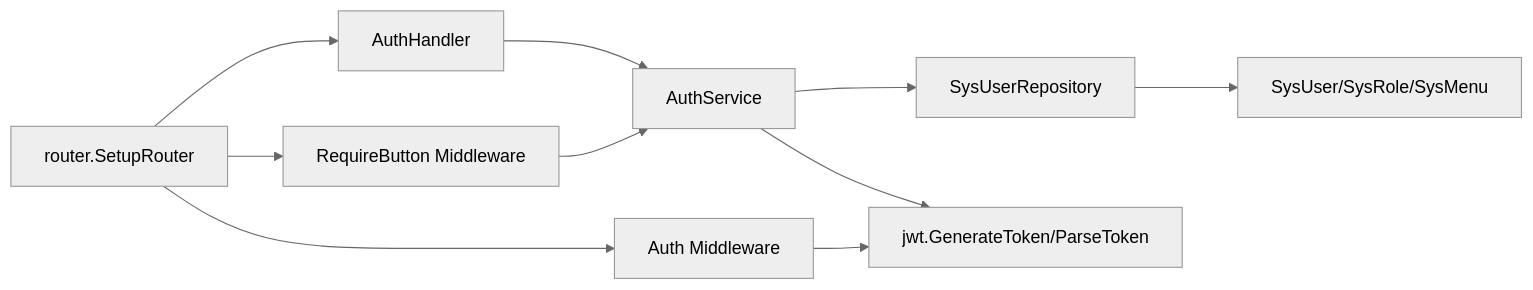
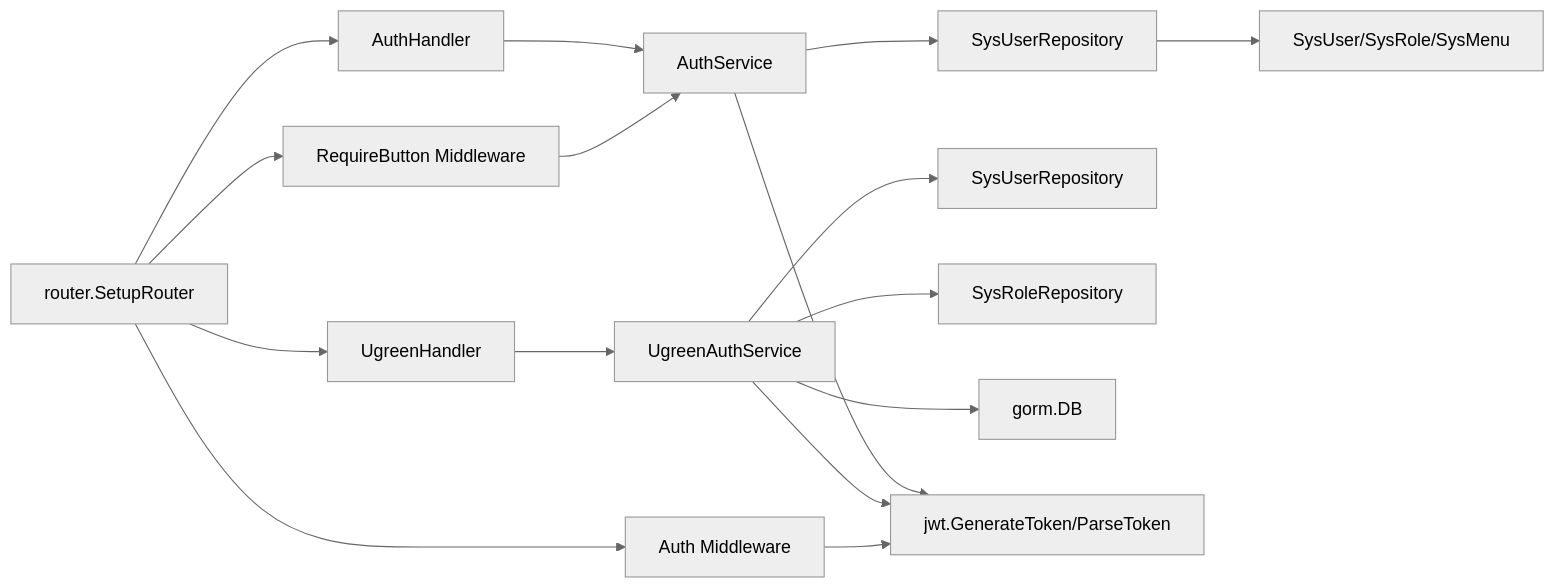
The seventh of 7 diagrams in .qoder/repowiki/zh/content/API接口文档/认证授权API.md (knifezred/boread), drawn with Mermaid (neutral theme) before and after one commit. The commit also changed other lines of this file and 16 other files, not shown here.

````diff
--- a/.qoder/repowiki/zh/content/API接口文档/认证授权API.md
+++ b/.qoder/repowiki/zh/content/API接口文档/认证授权API.md
@@ -374,12 +523,18 @@
 ```mermaid
 graph LR
 Router["router.SetupRouter"] --> Handler["AuthHandler"]
+Router --> UgreenHandler["UgreenHandler"]
 Handler --> Service["AuthService"]
+UgreenHandler --> UgreenService["UgreenAuthService"]
 Service --> Repo["SysUserRepository"]
+UgreenService --> UserRepo["SysUserRepository"]
+UgreenService --> RoleRepo["SysRoleRepository"]
 Repo --> Model["SysUser/SysRole/SysMenu"]
+UgreenService --> DB["gorm.DB"]
 Service --> JWT["jwt.GenerateToken/ParseToken"]
+UgreenService --> JWT
 Router --> MWAuth["Auth Middleware"]
 Router --> MWPerm["RequireButton Middleware"]
 MWAuth --> JWT
 MWPerm --> Service
 ```
````
